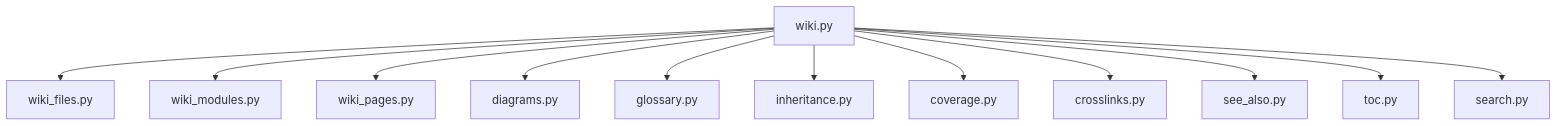
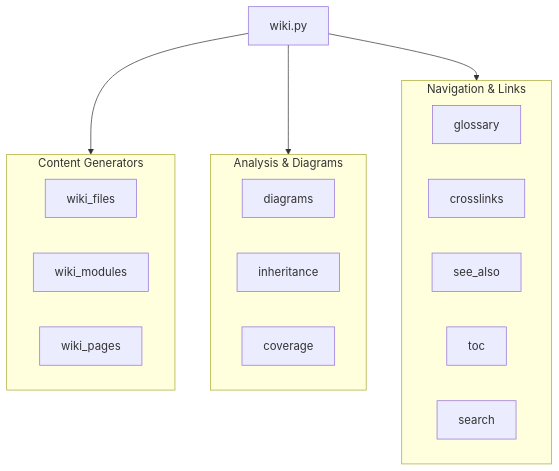
One commit to UrbanDiver/local-deepwiki-mcp changed the fourth of 5 diagrams in .deepwiki/dependencies.md. Above: the diagram before and after it, drawn with Mermaid.

Commit message:
Group wiki generation modules into logical subgraphs
Organize into Content Generators, Analysis & Diagrams, and
Navigation & Links for better diagram readability.

````diff
--- a/.deepwiki/dependencies.md
+++ b/.deepwiki/dependencies.md
@@ -136,14 +136,28 @@
 ```mermaid
 flowchart TB
-    wiki[wiki.py] --> wiki_files[wiki_files.py]
-    wiki --> wiki_modules[wiki_modules.py]
-    wiki --> wiki_pages[wiki_pages.py]
-    wiki --> diagrams[diagrams.py]
-    wiki --> glossary[glossary.py]
-    wiki --> inheritance[inheritance.py]
-    wiki --> coverage[coverage.py]
-    wiki --> crosslinks[crosslinks.py]
-    wiki --> see_also[see_also.py]
-    wiki --> toc[toc.py]
-    wiki --> search[search.py]
+    wiki[wiki.py]
+
+    subgraph content[Content Generators]
+        wiki_files[wiki_files]
+        wiki_modules[wiki_modules]
+        wiki_pages[wiki_pages]
+    end
+
+    subgraph analysis[Analysis & Diagrams]
+        diagrams[diagrams]
+        inheritance[inheritance]
+        coverage[coverage]
+    end
+
+    subgraph navigation[Navigation & Links]
+        glossary[glossary]
+        crosslinks[crosslinks]
+        see_also[see_also]
+        toc[toc]
+        search[search]
+    end
+
+    wiki --> content
+    wiki --> analysis
+    wiki --> navigation
 ```
````
